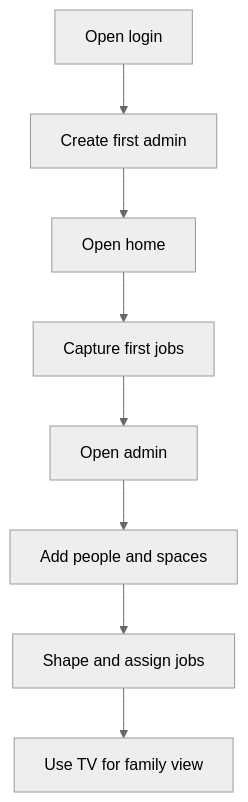
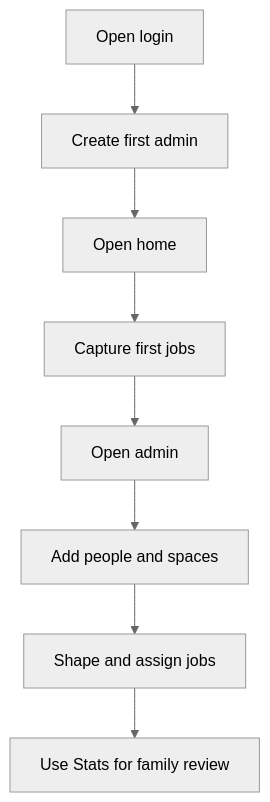
One commit to 1Zero9/jobjar changed the second of 3 diagrams in docs/user-guide/jobjar-user-guide.md. Above: the diagram before and after it, drawn with Mermaid (neutral theme). The commit also changed other lines of this file and 34 other files, not shown here.

Commit message:
Ship project planning, timeline, and materials workflow

````diff
--- a/docs/user-guide/jobjar-user-guide.md
+++ b/docs/user-guide/jobjar-user-guide.md
@@ -68,10 +93,10 @@
 ```mermaid
 flowchart TD
   A[Open login] --> B[Create first admin]
   B --> C[Open home]
   C --> D[Capture first jobs]
   D --> E[Open admin]
   E --> F[Add people and spaces]
   F --> G[Shape and assign jobs]
-  G --> H[Use TV for family view]
+  G --> H[Use Stats for family review]
 ```
````
